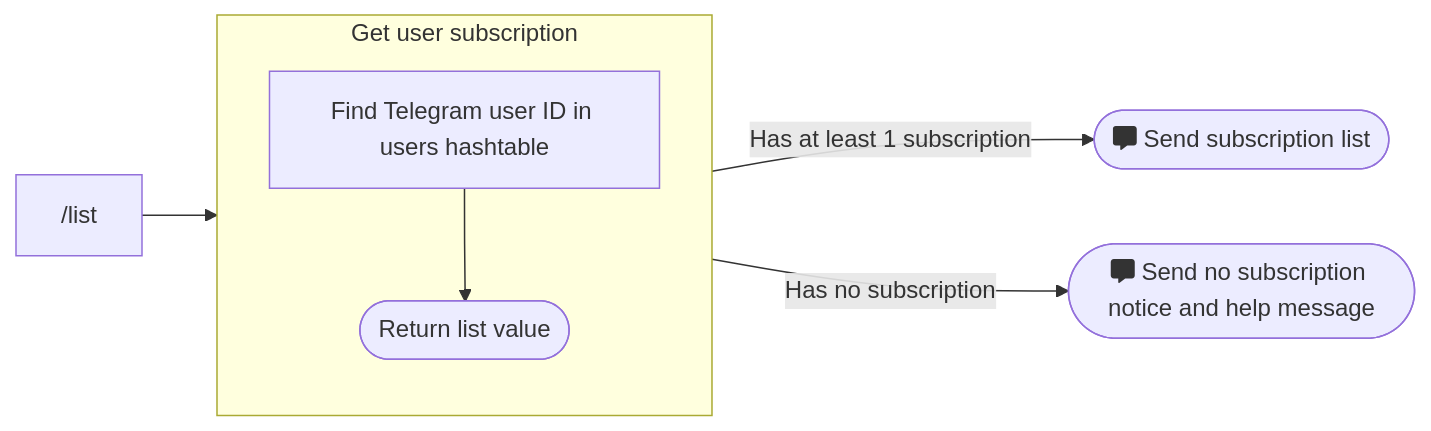
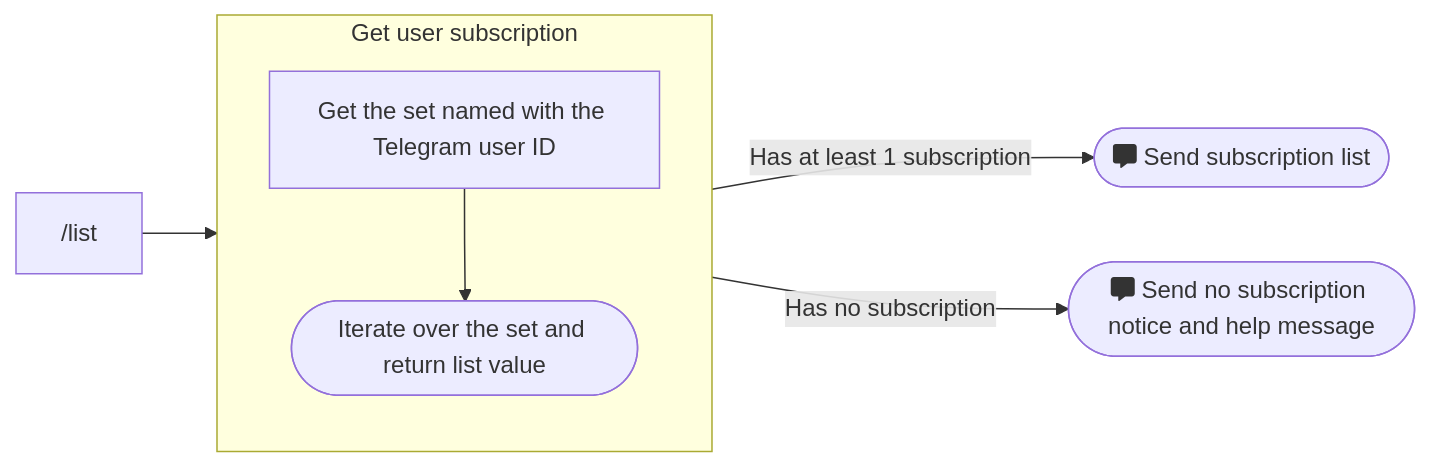
One commit to mikelei8291/Telescope changed the third of 3 diagrams in Design.md. Above: the diagram before and after it, drawn with Mermaid. The commit also changed other lines of this file, not shown here.

````diff
--- a/Design.md
+++ b/Design.md
@@ -51,11 +45,11 @@
   ```mermaid
   flowchart LR
     subgraph s1["Get user subscription"]
-      n1["Find Telegram user ID in users hashtable"]
-      n2(["Return list value"])
+      n1["Get the set named with the Telegram user ID"]
+      n2(["Iterate over the set and return list value"])
       n1 --> n2
     end
     A["/list"] --> s1
     s1 -- Has at least 1 subscription --> C(["fa:fa-message Send subscription list"])
     s1 -- Has no subscription --> D(["fa:fa-message Send no subscription notice and help message"])
   ```
````
